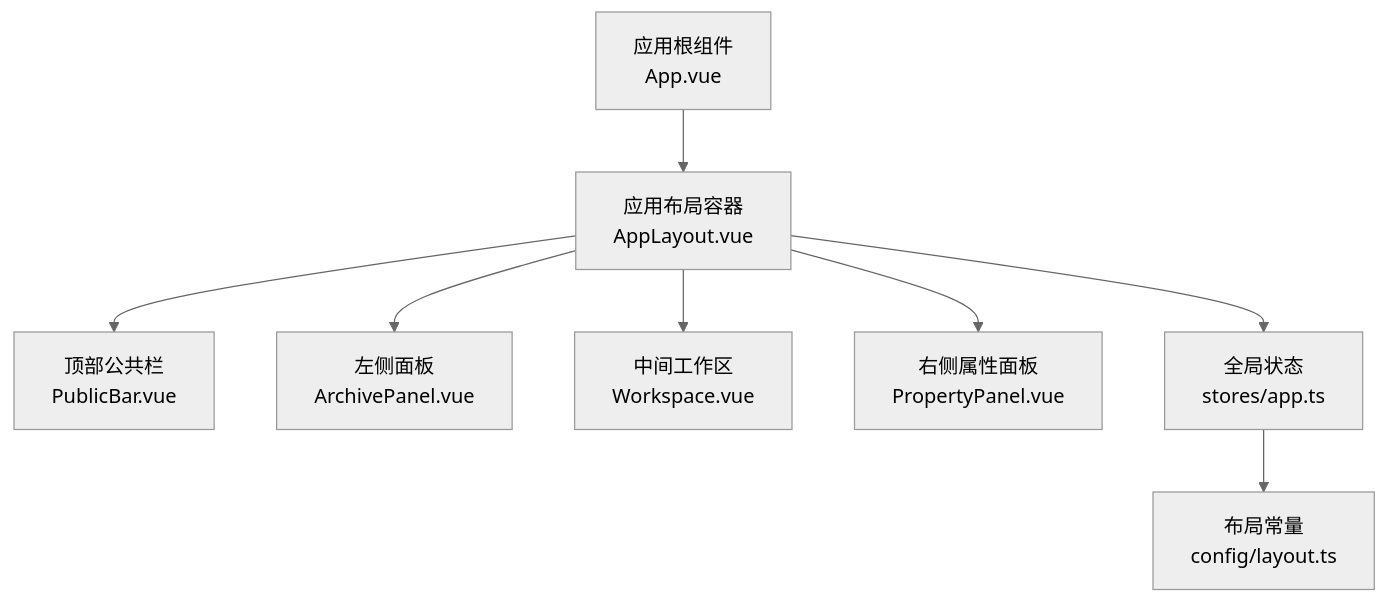
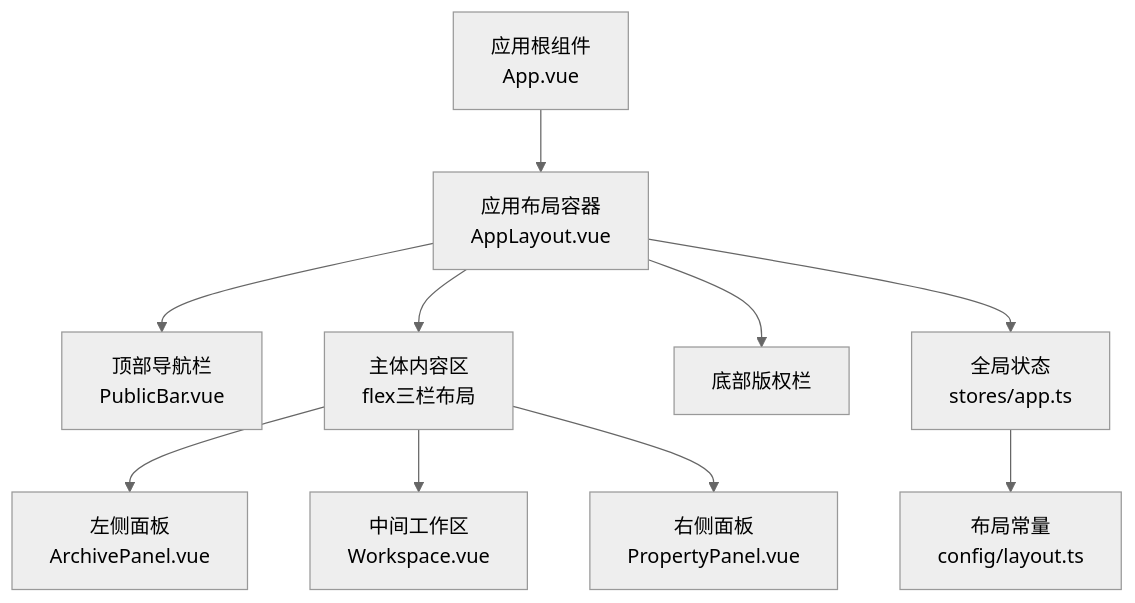
The first of 5 diagrams in .qoder/repowiki/zh/content/用户界面/布局系统.md (taoweidong/Hello-Tauri), drawn with Mermaid (neutral theme) before and after one commit. The commit also changed other lines of this file and 14 other files, not shown here.

````diff
--- a/.qoder/repowiki/zh/content/用户界面/布局系统.md
+++ b/.qoder/repowiki/zh/content/用户界面/布局系统.md
@@ -44,10 +52,12 @@
 ```mermaid
 graph TB
 App["应用根组件<br/>App.vue"] --> Layout["应用布局容器<br/>AppLayout.vue"]
-Layout --> Header["顶部公共栏<br/>PublicBar.vue"]
-Layout --> Left["左侧面板<br/>ArchivePanel.vue"]
-Layout --> Center["中间工作区<br/>Workspace.vue"]
-Layout --> Right["右侧属性面板<br/>PropertyPanel.vue"]
+Layout --> Header["顶部导航栏<br/>PublicBar.vue"]
+Layout --> Body["主体内容区<br/>flex三栏布局"]
+Body --> Left["左侧面板<br/>ArchivePanel.vue"]
+Body --> Center["中间工作区<br/>Workspace.vue"]
+Body --> Right["右侧面板<br/>PropertyPanel.vue"]
+Layout --> Footer["底部版权栏"]
 Layout --> Store["全局状态<br/>stores/app.ts"]
 Store --> Config["布局常量<br/>config/layout.ts"]
 ```
````
